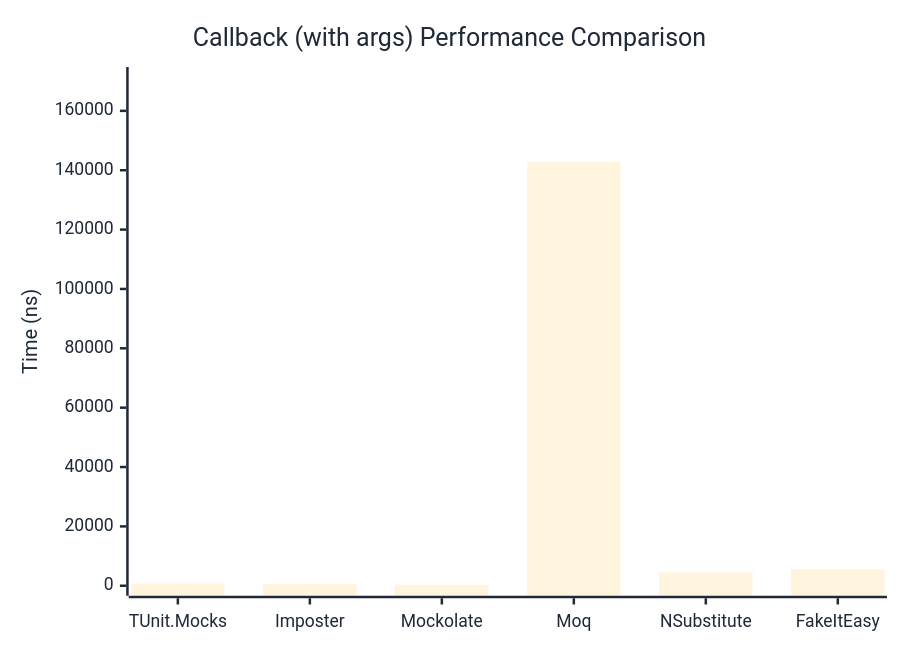
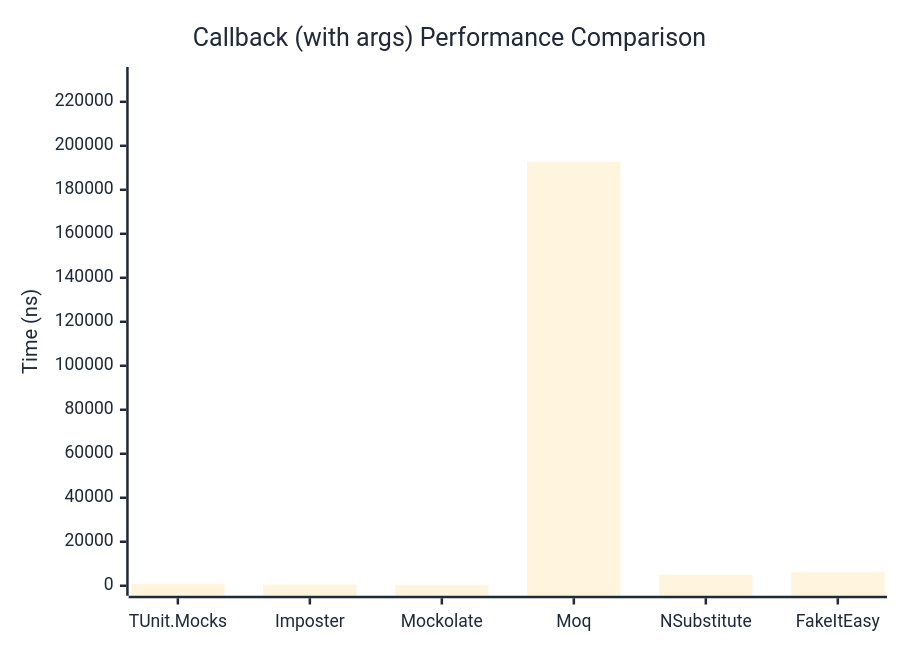
The second of 2 diagrams in docs/docs/benchmarks/mocks/Callback.md (thomhurst/TUnit), drawn with Mermaid before and after one commit. The commit also changed other lines of this file and 14 other files, not shown here.

````diff
--- a/docs/docs/benchmarks/mocks/Callback.md
+++ b/docs/docs/benchmarks/mocks/Callback.md
@@ -69,27 +69,27 @@
 ```mermaid
 %%{init: {
   'theme':'base',
   'themeVariables': {
     'primaryColor': '#2563eb',
     'primaryTextColor': '#1f2937',
     'primaryBorderColor': '#1e40af',
     'lineColor': '#6b7280',
     'secondaryColor': '#7c3aed',
     'tertiaryColor': '#dc2626',
     'background': '#ffffff',
     'pie1': '#2563eb',
     'pie2': '#7c3aed',
     'pie3': '#dc2626',
     'pie4': '#f59e0b',
     'pie5': '#10b981',
     'pie6': '#06b6d4',
     'pie7': '#ec4899',
     'pie8': '#6366f1'
   }
 }}%%
 xychart-beta
   title "Callback (with args) Performance Comparison"
   x-axis ["TUnit.Mocks", "Imposter", "Mockolate", "Moq", "NSubstitute", "FakeItEasy"]
-  y-axis "Time (ns)" 0 --> 171410
-  bar [741.8, 534.9, 388.1, 142841.2, 4551.8, 5486.4]
+  y-axis "Time (ns)" 0 --> 231281
+  bar [776.8, 505.8, 393.9, 192734.1, 4978.4, 6121]
 ```
````
